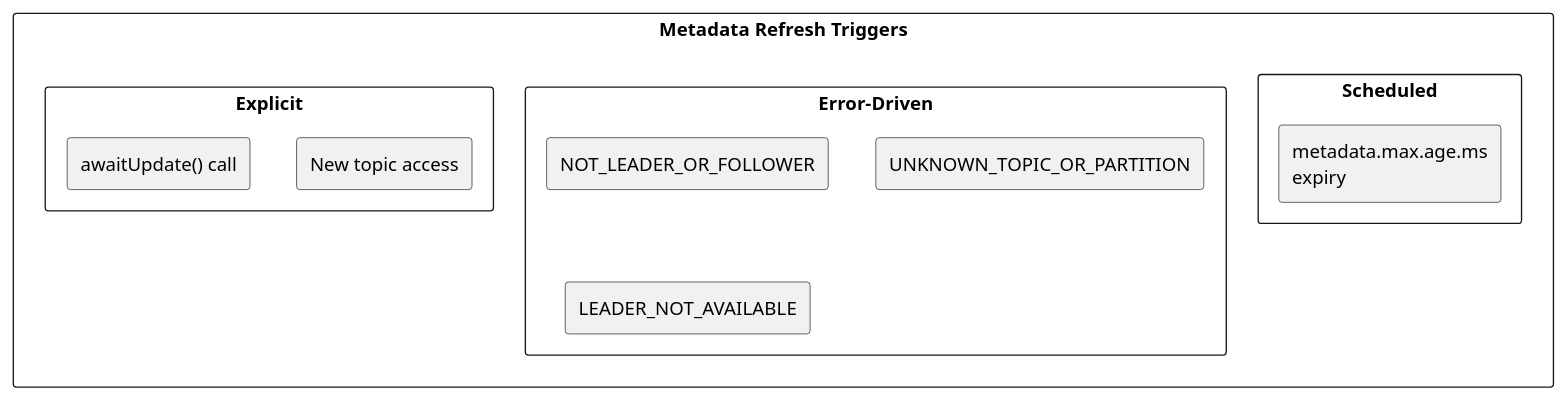
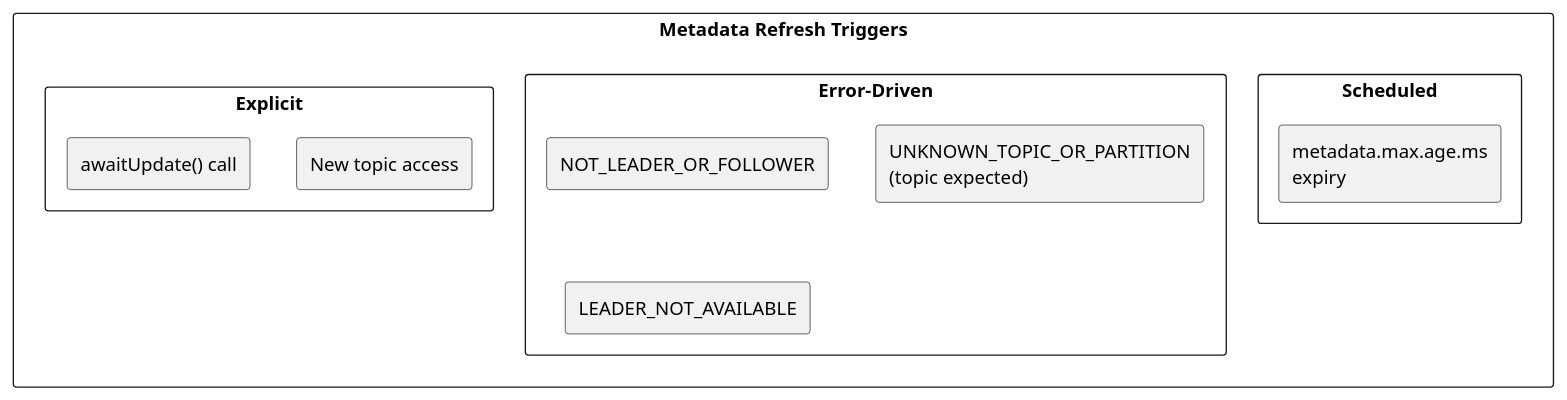
Before and after one commit to axonops/documentation: the third of 12 diagrams in docs/data-platforms/kafka/architecture/client-connections/metadata-management.md, drawn with PlantUML. The commit also changed other lines of this file and 34 other files, not shown here.

Commit message:
Updated Kafka architecture documents

````diff
--- a/docs/data-platforms/kafka/architecture/client-connections/metadata-management.md
+++ b/docs/data-platforms/kafka/architecture/client-connections/metadata-management.md
@@ -211,24 +212,24 @@
 ```plantuml
 @startuml
 
 skinparam backgroundColor transparent
 
 rectangle "Metadata Refresh Triggers" {
     rectangle "Scheduled" as Scheduled {
         rectangle "metadata.max.age.ms\nexpiry" as Age
     }
 
     rectangle "Error-Driven" as Errors {
         rectangle "NOT_LEADER_OR_FOLLOWER" as NL
-        rectangle "UNKNOWN_TOPIC_OR_PARTITION" as UT
+        rectangle "UNKNOWN_TOPIC_OR_PARTITION\n(topic expected)" as UT
         rectangle "LEADER_NOT_AVAILABLE" as LNA
     }
 
     rectangle "Explicit" as Explicit {
         rectangle "New topic access" as NewTopic
         rectangle "awaitUpdate() call" as Await
     }
 }
 
 @enduml
 ```
````
